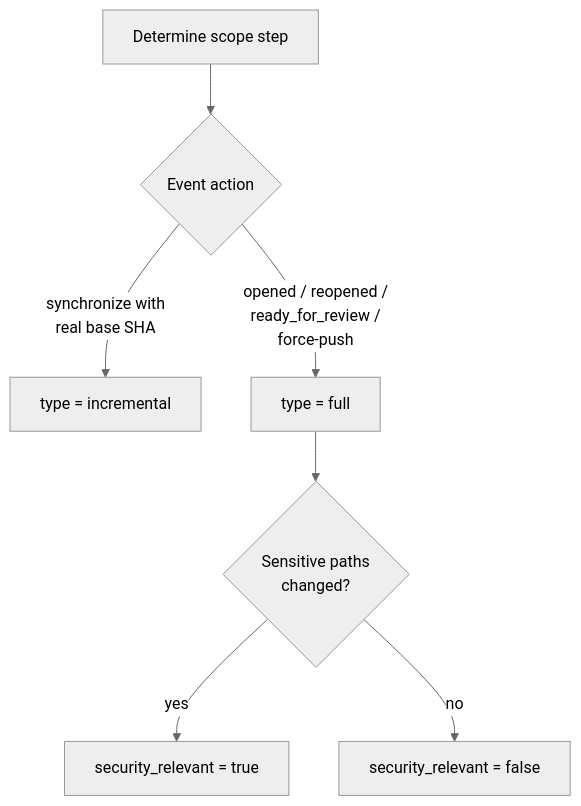
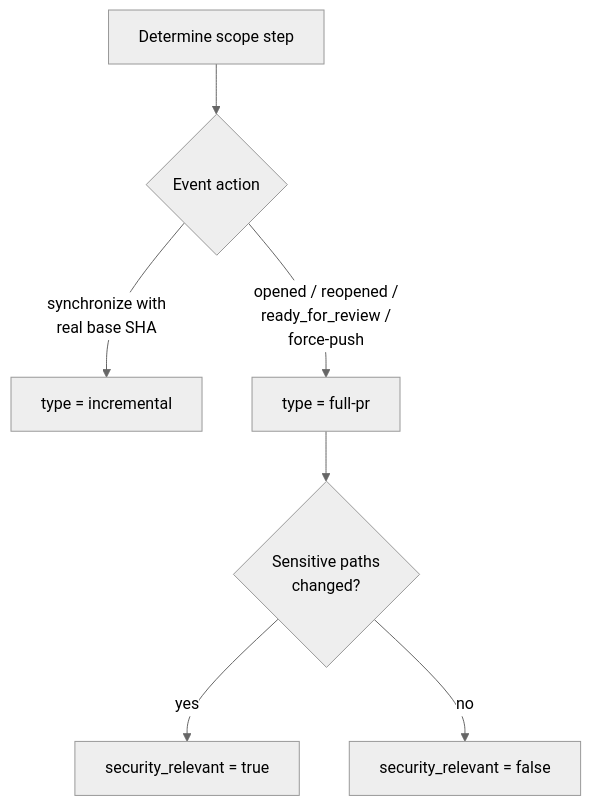
One commit to fibaneza/llm-usage-lens changed the third of 5 diagrams in .github/README.md. Above: the diagram before and after it, drawn with Mermaid (neutral theme). The commit also changed other lines of this file and 5 other files, not shown here.

````diff
--- a/.github/README.md
+++ b/.github/README.md
@@ -210,9 +210,9 @@
 ```mermaid
 flowchart TD
     D[Determine scope step] --> E{Event action}
     E -->|synchronize with<br/>real base SHA| F[type = incremental]
-    E -->|opened / reopened /<br/>ready_for_review /<br/>force-push| G[type = full]
+    E -->|opened / reopened /<br/>ready_for_review /<br/>force-push| G[type = full-pr]
     G --> H{Sensitive paths<br/>changed?}
     H -->|yes| I[security_relevant = true]
     H -->|no| J[security_relevant = false]
 ```
````
